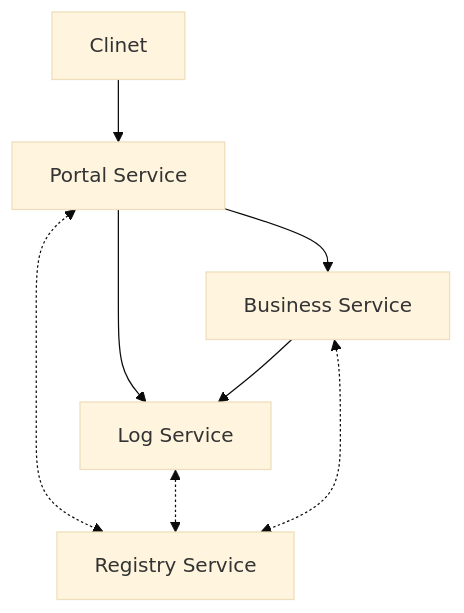
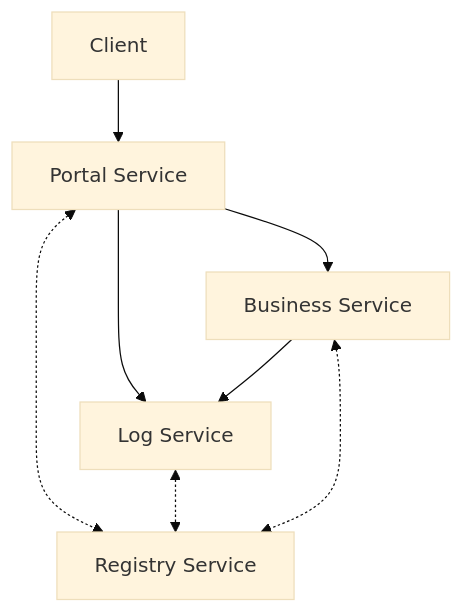
The diagram in README.md (berylyvos/distributed), drawn with Mermaid (base theme) before and after one commit.

Commit message:
docs: README: update

````diff
--- a/README.md
+++ b/README.md
@@ -4,8 +4,8 @@
 ```mermaid
   flowchart TD
-    Clinet --> 1[Portal Service] --> 2[Log Service] & 3[Business Service]
+    Client --> 1[Portal Service] --> 2[Log Service] & 3[Business Service]
     3 --> 2
     1 <-.-> 4[Registry Service]
     2 <-.-> 4
     3 <-.-> 4
 ```
````
